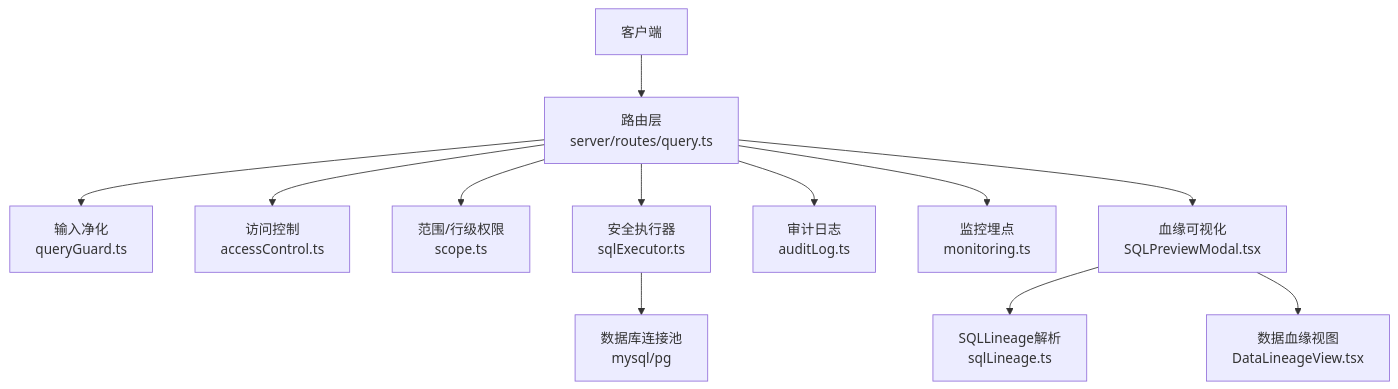
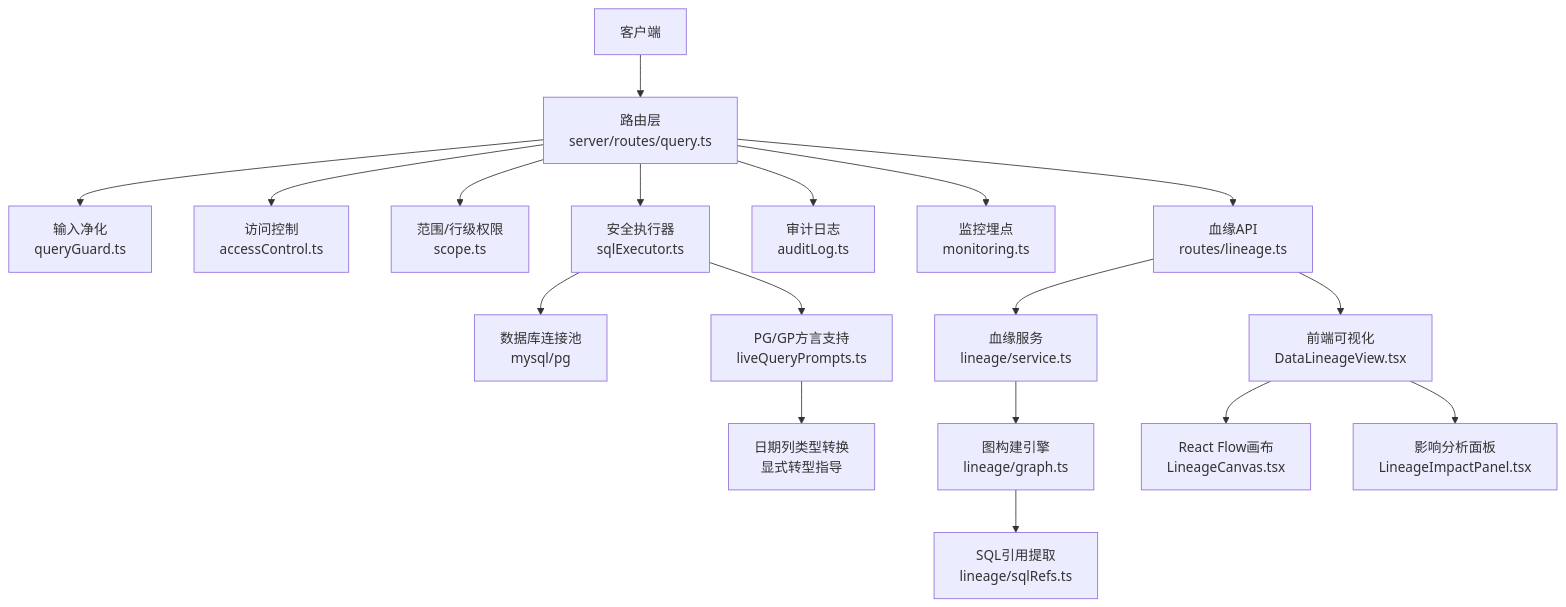
Before and after one commit to dgjin/smart-data-analytics: the first of 7 diagrams in .qoder/repowiki/zh/content/系统架构/核心组件详解/查询处理引擎/SQL执行器与安全控制.md, drawn with Mermaid. The commit also changed other lines of this file and 146 other files, not shown here.

````diff
--- a/.qoder/repowiki/zh/content/系统架构/核心组件详解/查询处理引擎/SQL执行器与安全控制.md
+++ b/.qoder/repowiki/zh/content/系统架构/核心组件详解/查询处理引擎/SQL执行器与安全控制.md
@@ -55,14 +65,20 @@
 ```mermaid
 graph TB
 Client["客户端"] --> Router["路由层<br/>server/routes/query.ts"]
 Router --> Guard["输入净化<br/>queryGuard.ts"]
 Router --> ACL["访问控制<br/>accessControl.ts"]
 Router --> Scope["范围/行级权限<br/>scope.ts"]
 Router --> Exec["安全执行器<br/>sqlExecutor.ts"]
 Exec --> DB["数据库连接池<br/>mysql/pg"]
 Router --> Audit["审计日志<br/>auditLog.ts"]
 Router --> Monitor["监控埋点<br/>monitoring.ts"]
-Router --> Lineage["血缘可视化<br/>SQLPreviewModal.tsx"]
-Lineage --> LineageUtils["SQLLineage解析<br/>sqlLineage.ts"]
-Lineage --> DataLineage["数据血缘视图<br/>DataLineageView.tsx"]
+Router --> LineageAPI["血缘API<br/>routes/lineage.ts"]
+LineageAPI --> LineageService["血缘服务<br/>lineage/service.ts"]
+LineageService --> GraphEngine["图构建引擎<br/>lineage/graph.ts"]
+GraphEngine --> SqlRefs["SQL引用提取<br/>lineage/sqlRefs.ts"]
+LineageAPI --> Frontend["前端可视化<br/>DataLineageView.tsx"]
+Frontend --> Canvas["React Flow画布<br/>LineageCanvas.tsx"]
+Frontend --> ImpactPanel["影响分析面板<br/>LineageImpactPanel.tsx"]
+Exec --> Dialect["PG/GP方言支持<br/>liveQueryPrompts.ts"]
+Dialect --> DateType["日期列类型转换<br/>显式转型指导"]
 ```
````
